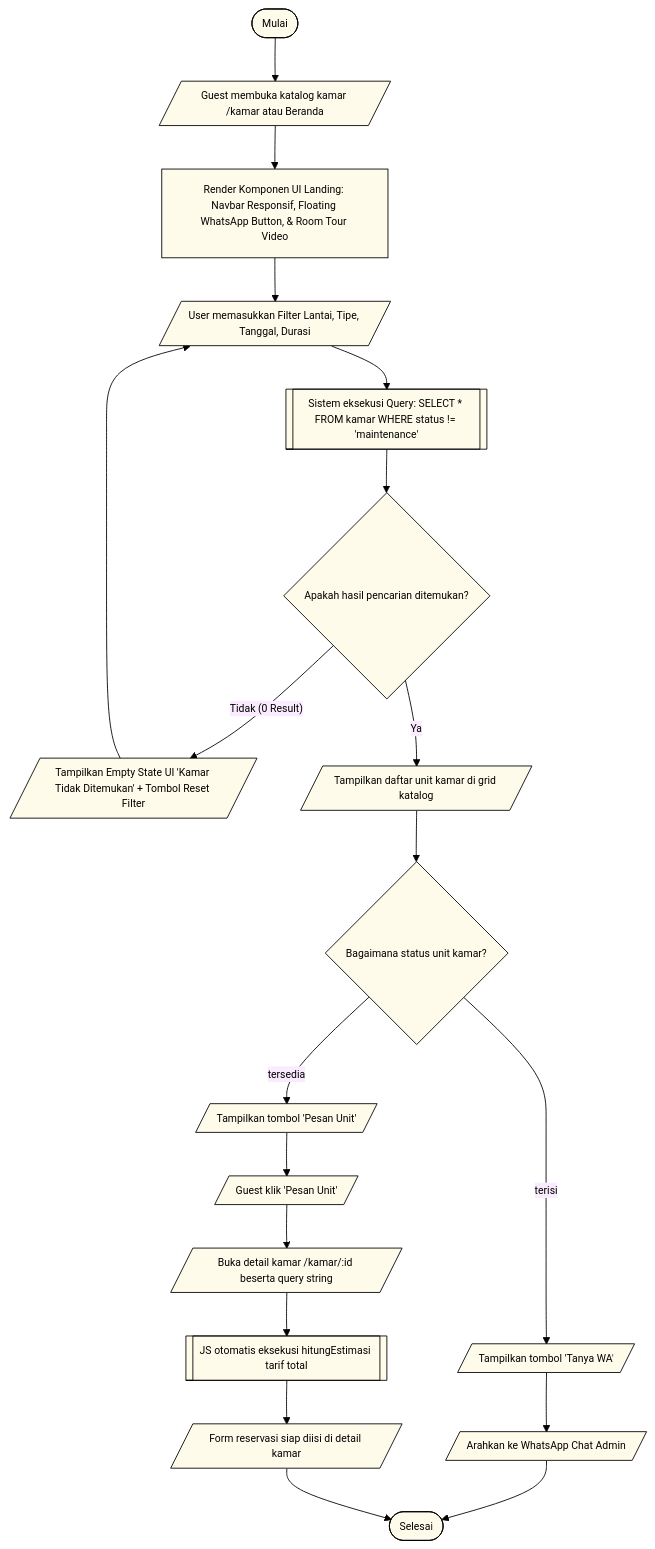
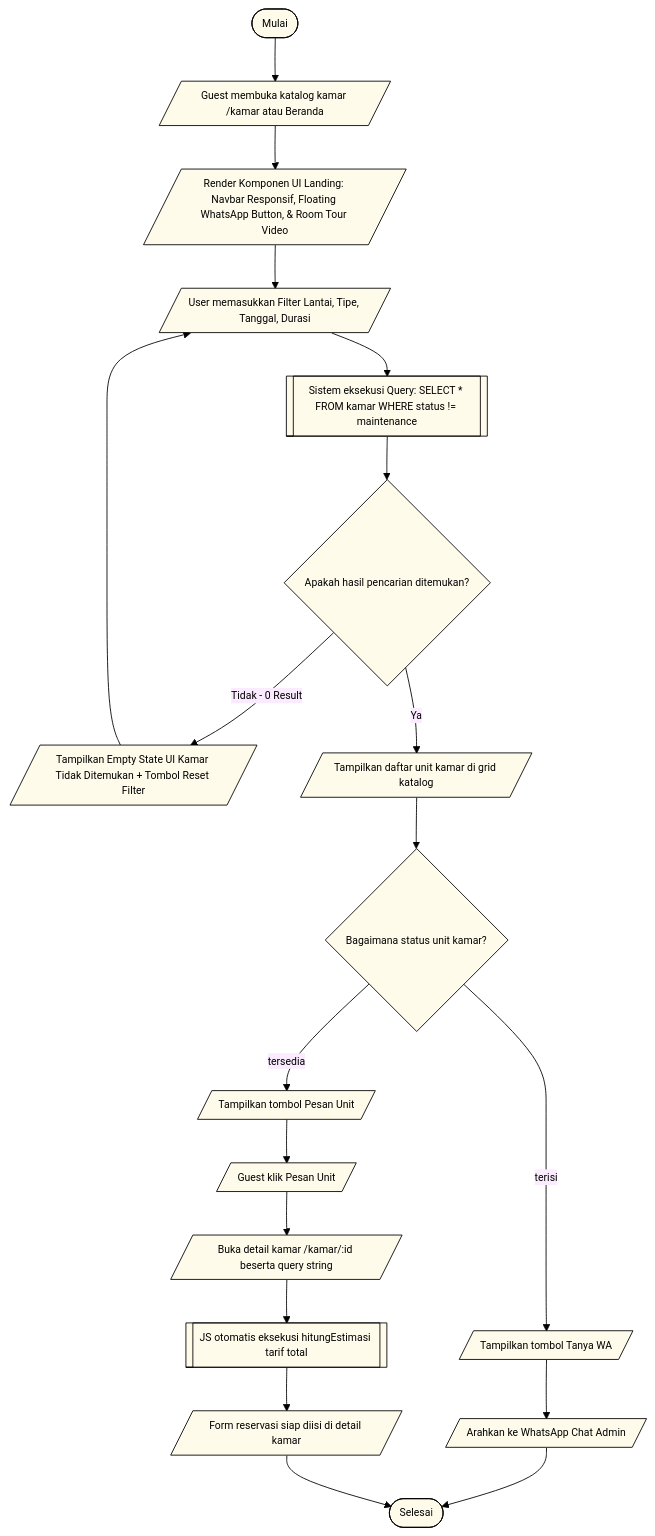
Before and after one commit to rafifarsyapradiva/asri-boarding-house: the fourth of 24 diagrams in Blueprint/Flowchart_Kost.md, drawn with Mermaid. The commit also changed other lines of this file and 40 other files, not shown here.

Commit message:
docs(flowchart): audit ISO 5807, eliminasi dead-end & loop, diagram alur keputusan terpadu, dan update blueprint v238.0

````diff
--- a/Blueprint/Flowchart_Kost.md
+++ b/Blueprint/Flowchart_Kost.md
@@ -472,38 +698,38 @@
 ```mermaid
 %%{init: {
   'theme': 'base',
   'themeVariables': {
     'primaryColor': '#FFFBEB',
     'primaryTextColor': '#000000',
     'primaryBorderColor': '#000000',
     'lineColor': '#000000',
     'fontSize': '12px',
     'fontFamily': 'Inter, system-ui, sans-serif'
   }
 }}%%
 flowchart TD
     Start([Mulai]) --> BukaKatalog[/Guest membuka katalog kamar /kamar atau Beranda/]
-    BukaKatalog --> RenderLandingUI["Render Komponen UI Landing: Navbar Responsif, Floating WhatsApp Button, & Room Tour Video"]
+    BukaKatalog --> RenderLandingUI[/Render Komponen UI Landing: Navbar Responsif, Floating WhatsApp Button, & Room Tour Video/]
     
     RenderLandingUI --> InputFilter[/User memasukkan Filter Lantai, Tipe, Tanggal, Durasi/]
     
-    InputFilter --> QueryKamar[[Sistem eksekusi Query: SELECT * FROM kamar WHERE status != 'maintenance']]
+    InputFilter --> QueryKamar[[Sistem eksekusi Query: SELECT * FROM kamar WHERE status != maintenance]]
     
     QueryKamar --> CekKosong{"Apakah hasil pencarian ditemukan?"}
-    CekKosong -- "Tidak (0 Result)" --> RenderEmptyState[/Tampilkan Empty State UI 'Kamar Tidak Ditemukan' + Tombol Reset Filter/]
+    CekKosong -- "Tidak - 0 Result" --> RenderEmptyState[/Tampilkan Empty State UI Kamar Tidak Ditemukan + Tombol Reset Filter/]
     RenderEmptyState --> InputFilter
     
     CekKosong -- "Ya" --> Tampilkan[/Tampilkan daftar unit kamar di grid katalog/]
     Tampilkan --> EvaluasiStatus{"Bagaimana status unit kamar?"}
     
-    EvaluasiStatus -- "terisi" --> TampilTombolWA[/Tampilkan tombol 'Tanya WA'/]
+    EvaluasiStatus -- "terisi" --> TampilTombolWA[/Tampilkan tombol Tanya WA/]
     TampilTombolWA --> KlikWA[/Arahkan ke WhatsApp Chat Admin/]
     KlikWA --> Selesai([Selesai])
     
-    EvaluasiStatus -- "tersedia" --> TampilTombolPesan[/Tampilkan tombol 'Pesan Unit'/]
-    TampilTombolPesan --> KlikPesan[/Guest klik 'Pesan Unit'/]
+    EvaluasiStatus -- "tersedia" --> TampilTombolPesan[/Tampilkan tombol Pesan Unit/]
+    TampilTombolPesan --> KlikPesan[/Guest klik Pesan Unit/]
     KlikPesan --> BukaDetail[/Buka detail kamar /kamar/:id beserta query string/]
     BukaDetail --> AutoKalkulasi[[JS otomatis eksekusi hitungEstimasi tarif total]]
     AutoKalkulasi --> TampilForm[/Form reservasi siap diisi di detail kamar/]
     TampilForm --> Selesai
 ```
````
